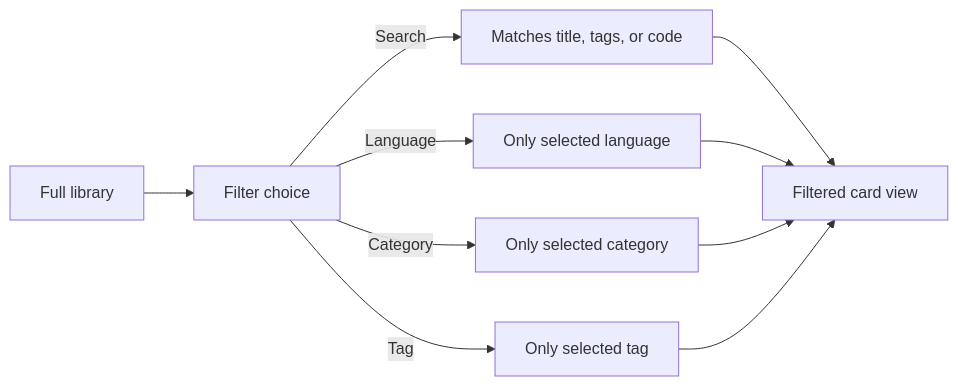
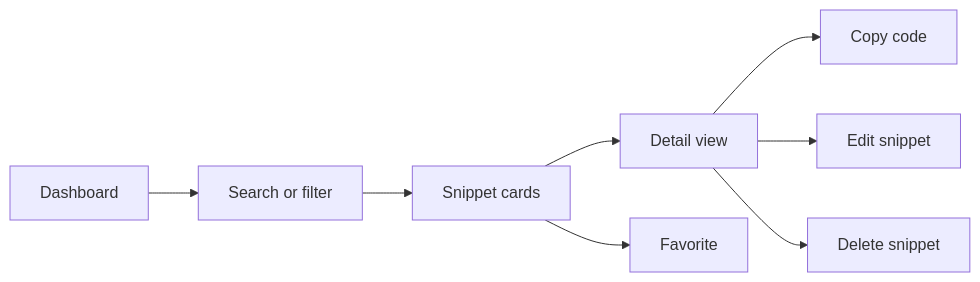
Before and after one commit to Mohita111/API2: the second of 2 diagrams in api2-documentation/plan_2026-11-02_f8890e/user-facing-docs/snippet-library.md, drawn with Mermaid. The commit also changed other lines of this file and 12 other files, not shown here.

````diff
--- a/api2-documentation/plan_2026-11-02_f8890e/user-facing-docs/snippet-library.md
+++ b/api2-documentation/plan_2026-11-02_f8890e/user-facing-docs/snippet-library.md
@@ -70,12 +46,10 @@
 ```mermaid
 graph LR
-  A[Full library] --> B[Filter choice]
-  B -->|Search| C["Matches title, tags, or code"]
-  B -->|Language| D[Only selected language]
-  B -->|Category| E[Only selected category]
-  B -->|Tag| F[Only selected tag]
-  C --> G[Filtered card view]
-  D --> G
-  E --> G
-  F --> G
+  A[Dashboard] --> B[Search or filter]
+  B --> C[Snippet cards]
+  C --> D[Detail view]
+  D --> E[Copy code]
+  D --> F[Edit snippet]
+  D --> G[Delete snippet]
+  C --> H[Favorite]
 ```
````
